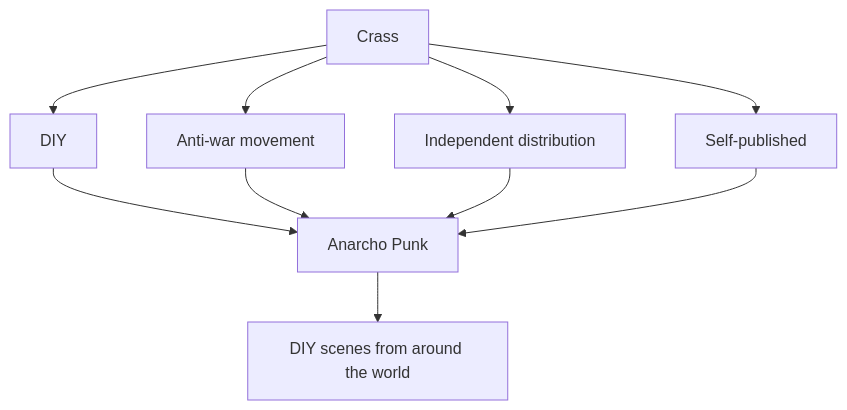
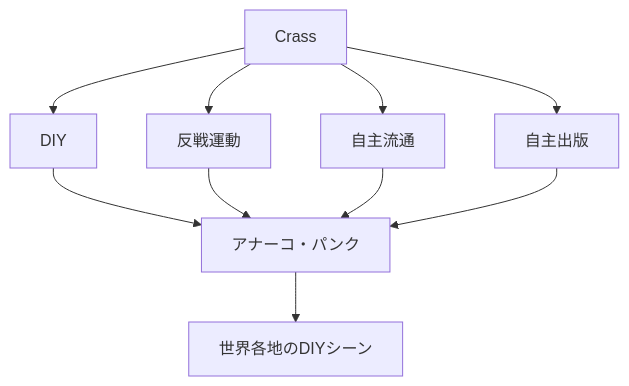
The third of 10 diagrams in en/_posts/2026-07-13-column-penny-rimbaud.md (monumental-movement/monumental-movement.github.io), drawn with Mermaid before and after one commit. The commit also changed other lines of this file and 2196 other files, not shown here.

```diff
--- a/en/_posts/2026-07-13-column-penny-rimbaud.md
+++ b/en/_posts/2026-07-13-column-penny-rimbaud.md
@@ -505,21 +505,21 @@
 <div class="mermaid">
 flowchart TD
 
 A["Crass"]
 B["DIY"]
-C["Anti-war movement"]
-D["Independent distribution"]
-E["Self-published"]
-F["Anarcho Punk"]
-G["DIY scenes from around the world"]
+C["反戦運動"]
+D["自主流通"]
+E["自主出版"]
+F["アナーコ・パンク"]
+G["世界各地のDIYシーン"]
 
 A --> B
 A --> C
 A --> D
 A --> E
 B --> F
 C --> F
 D --> F
 E --> F
 F --> G
 </div>
```
